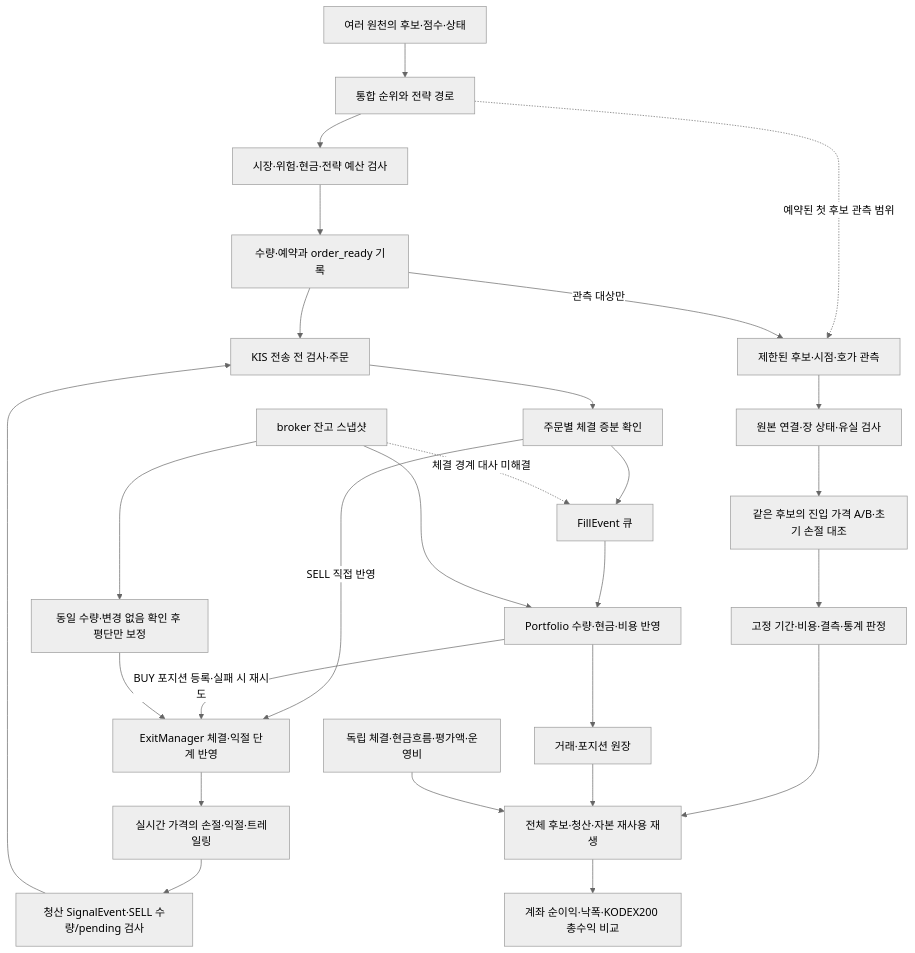
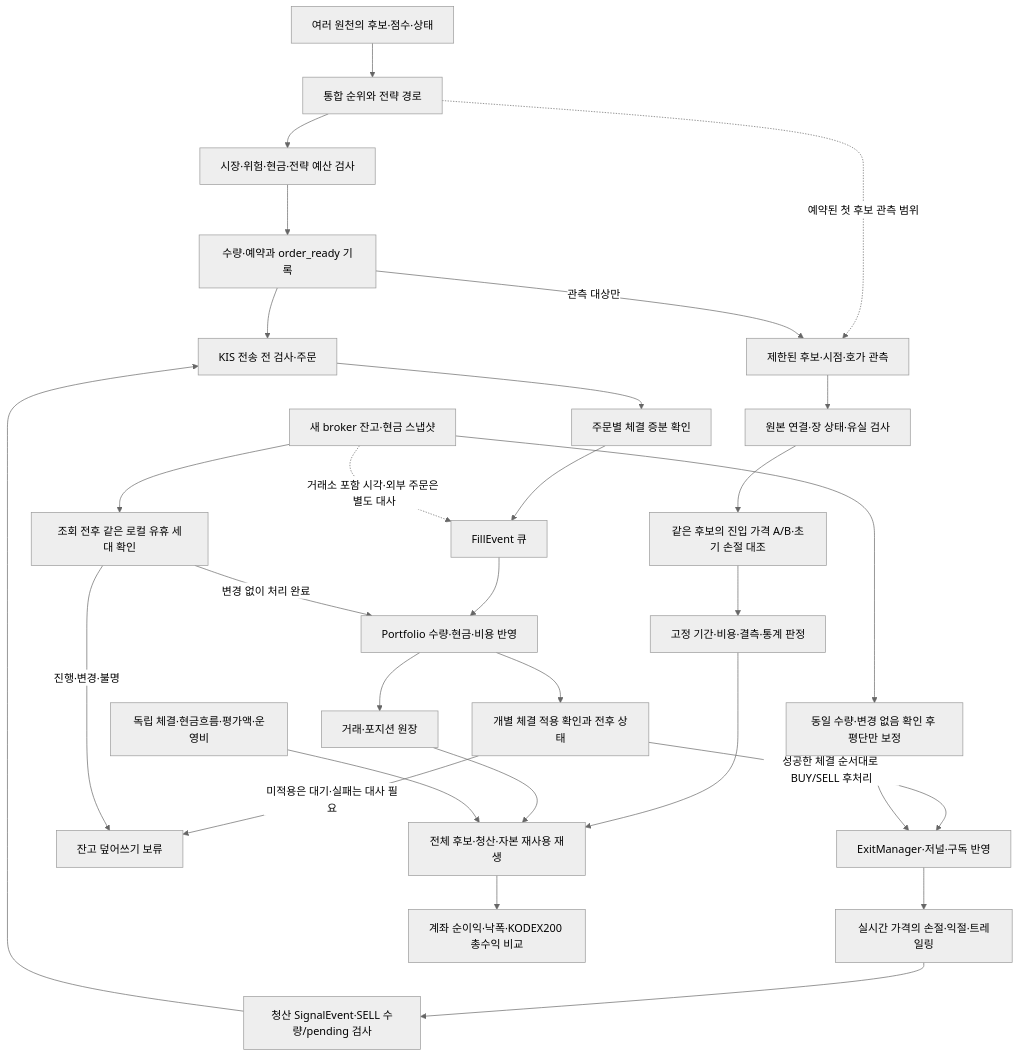
Before and after one commit to qwq-partners/qwq-ai-trader: the diagram in docs/research/current-engine-integrated-pds-2026-10-02.md, drawn with Mermaid (neutral theme). The commit also changed other lines of this file and 16 other files, not shown here.

````diff
--- a/docs/research/current-engine-integrated-pds-2026-10-02.md
+++ b/docs/research/current-engine-integrated-pds-2026-10-02.md
@@ -51,29 +51,32 @@
 ```mermaid
 flowchart TD
     S[여러 원천의 후보·점수·상태] --> C[통합 순위와 전략 경로]
     C --> G[시장·위험·현금·전략 예산 검사]
     G --> O[수량·예약과 order_ready 기록]
     O --> B[KIS 전송 전 검사·주문]
     B --> F[주문별 체결 증분 확인]
     F --> Q[FillEvent 큐]
     Q --> P[Portfolio 수량·현금·비용 반영]
-    F -->|SELL 직접 반영| X[ExitManager 체결·익절 단계 반영]
-    P -->|BUY 포지션 등록·실패 시 재시도| X
+    P --> ACK[개별 체결 적용 확인과 전후 상태]
+    ACK -->|성공한 체결 순서대로 BUY/SELL 후처리| X[ExitManager·저널·구독 반영]
+    ACK -->|미적용은 대기·실패는 대사 필요| HOLD[잔고 덮어쓰기 보류]
     X --> E[실시간 가격의 손절·익절·트레일링]
     E --> ES[청산 SignalEvent·SELL 수량/pending 검사]
     ES --> B
-    K[broker 잔고 스냅샷] --> P
+    K[새 broker 잔고·현금 스냅샷] --> IDLE[조회 전후 같은 로컬 유휴 세대 확인]
+    IDLE -->|변경 없이 처리 완료| P
+    IDLE -->|진행·변경·불명| HOLD
     K --> H[동일 수량·변경 없음 확인 후 평단만 보정]
     H --> X
-    K -. 체결 경계 대사 미해결 .-> Q
+    K -. 거래소 포함 시각·외부 주문은 별도 대사 .-> Q
     C -. 예약된 첫 후보 관측 범위 .-> J[제한된 후보·시점·호가 관측]
     O -->|관측 대상만| J
     J --> R[원본 연결·장 상태·유실 검사]
     R --> A[같은 후보의 진입 가격 A/B·초기 손절 대조]
     A --> W[고정 기간·비용·결측·통계 판정]
     W --> T[전체 후보·청산·자본 재사용 재생]
     P --> L[거래·포지션 원장]
     L --> T
     I[독립 체결·현금흐름·평가액·운영비] --> T
     T --> V[계좌 순이익·낙폭·KODEX200 총수익 비교]
 ```
````
